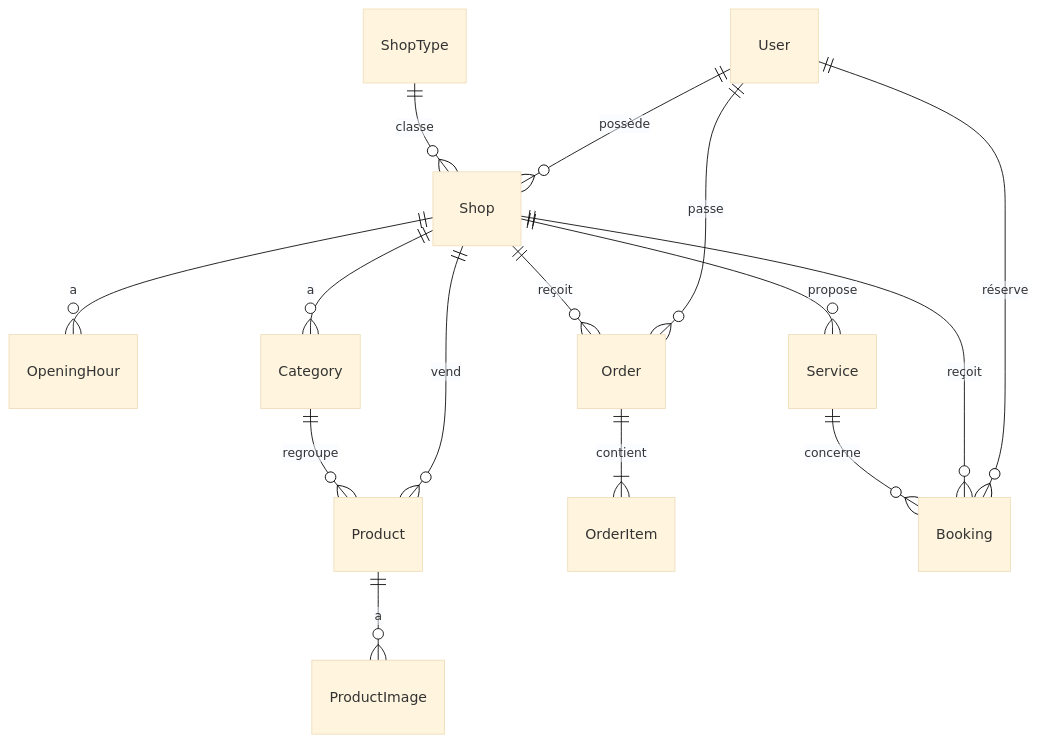
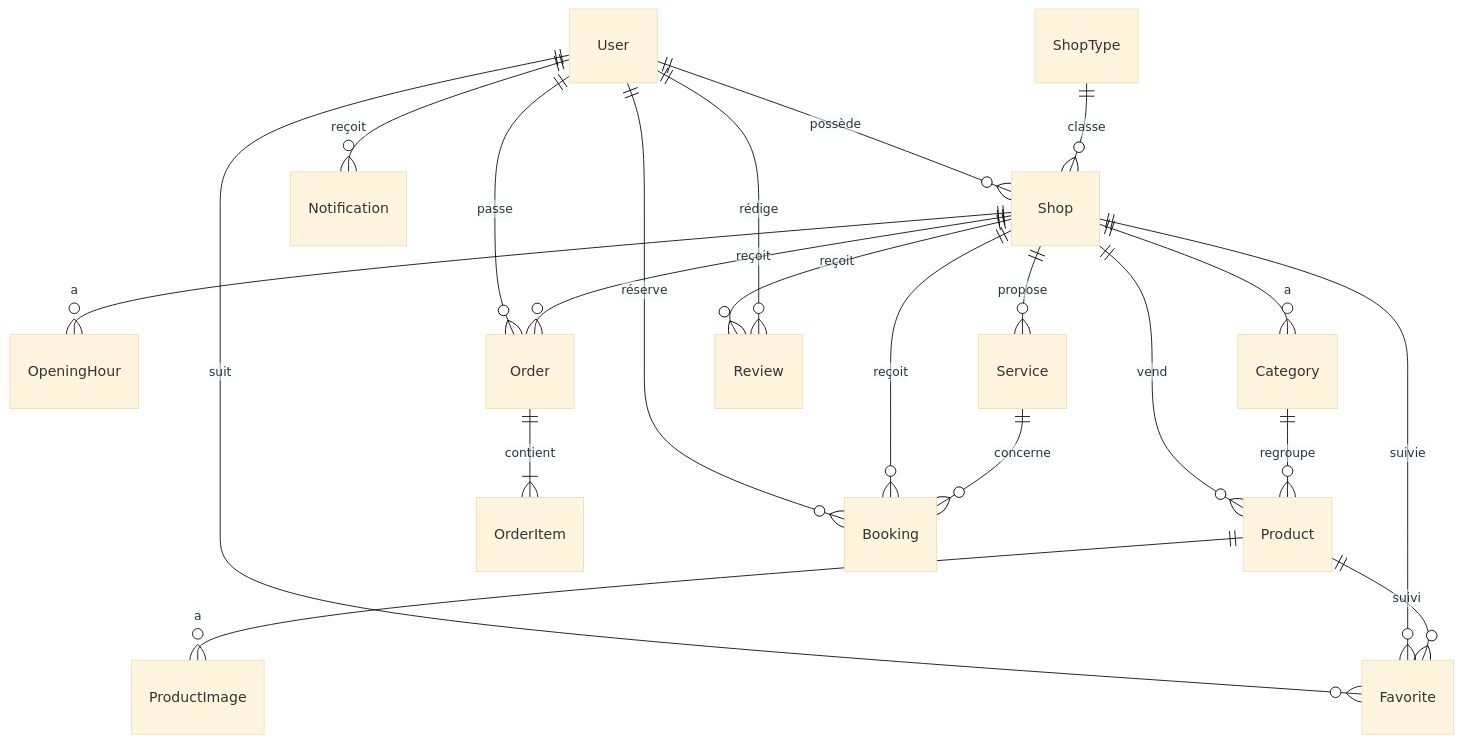
The second of 3 diagrams in docs/src/content/docs/developpeur/architecture.md (Aziguy/fleaMarketOnline), drawn with Mermaid (base theme) before and after one commit. The commit also changed other lines of this file and 20 other files, not shown here.

````diff
--- a/docs/src/content/docs/developpeur/architecture.md
+++ b/docs/src/content/docs/developpeur/architecture.md
@@ -51,17 +59,23 @@
 ```mermaid
 erDiagram
     User ||--o{ Shop : "possède"
     ShopType ||--o{ Shop : "classe"
     Shop ||--o{ OpeningHour : "a"
     Shop ||--o{ Category : "a"
     Shop ||--o{ Product : "vend"
     Category ||--o{ Product : "regroupe"
     Product ||--o{ ProductImage : "a"
     Shop ||--o{ Service : "propose"
     User ||--o{ Order : "passe"
     Shop ||--o{ Order : "reçoit"
     Order ||--|{ OrderItem : "contient"
     User ||--o{ Booking : "réserve"
     Shop ||--o{ Booking : "reçoit"
     Service ||--o{ Booking : "concerne"
+    Shop ||--o{ Review : "reçoit"
+    User ||--o{ Review : "rédige"
+    User ||--o{ Favorite : "suit"
+    Shop ||--o{ Favorite : "suivie"
+    Product ||--o{ Favorite : "suivi"
+    User ||--o{ Notification : "reçoit"
 ```
````
